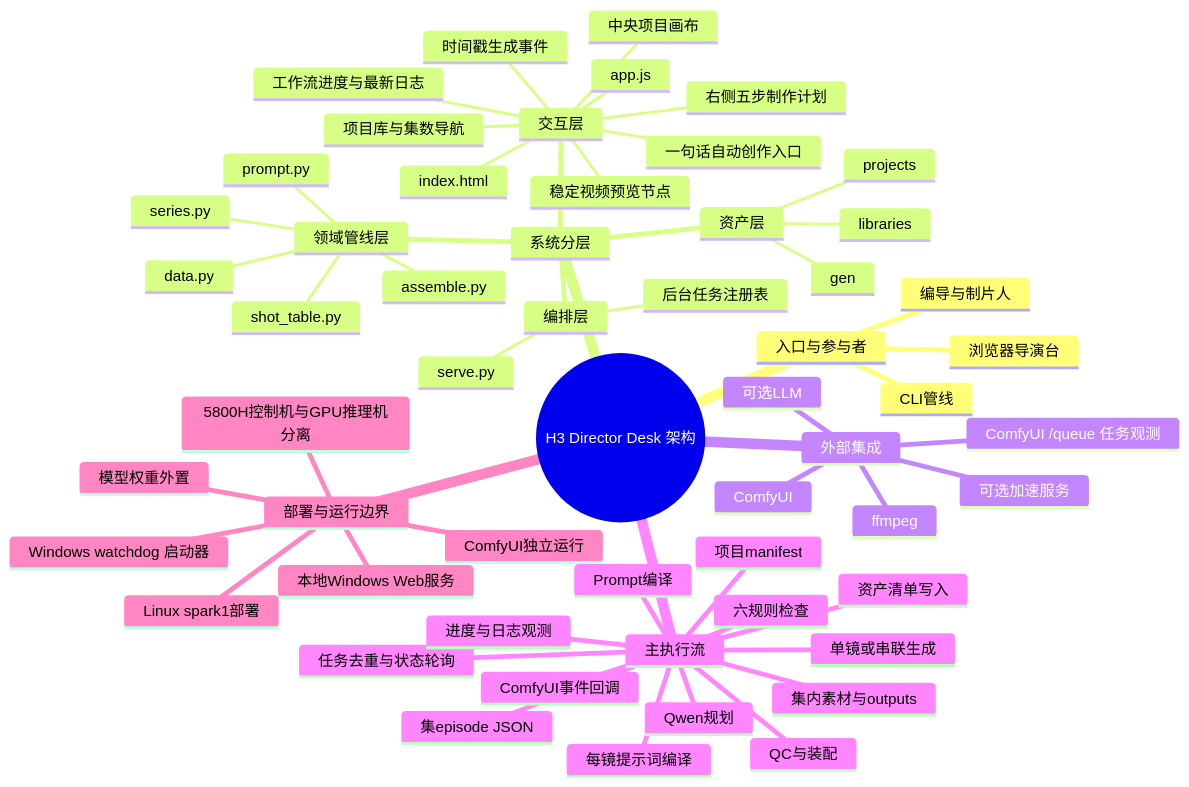
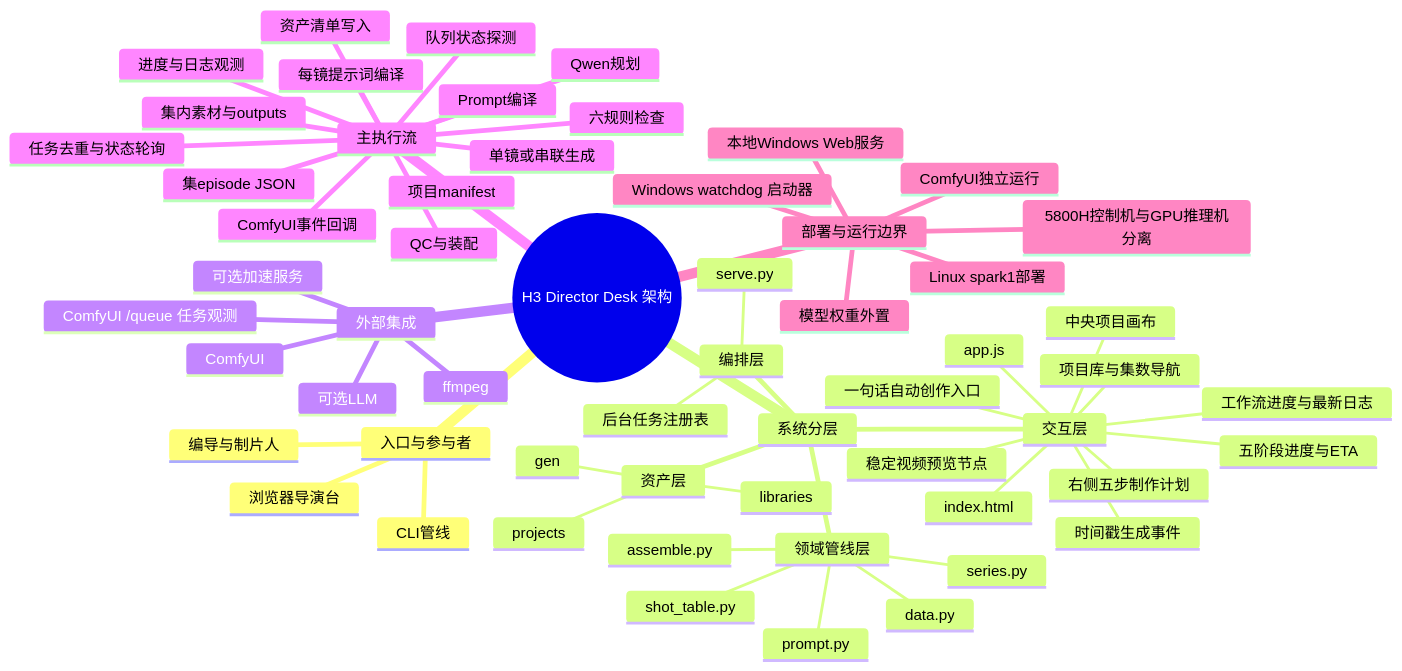
The diagram in docs/project-evolution/mindmaps/architecture.md (Exalex/h3-director-desk), drawn with Mermaid before and after one commit. The commit also changed other lines of this file and 13 other files, not shown here.

````diff
--- a/docs/project-evolution/mindmaps/architecture.md
+++ b/docs/project-evolution/mindmaps/architecture.md
@@ -3,59 +3,61 @@
 ```mermaid
 mindmap
   root((H3 Director Desk 架构))
     入口与参与者
       浏览器导演台
       CLI管线
       编导与制片人
     系统分层
       交互层
         index.html
         app.js
         项目库与集数导航
         中央项目画布
         右侧五步制作计划
         一句话自动创作入口
         工作流进度与最新日志
         时间戳生成事件
         稳定视频预览节点
+        五阶段进度与ETA
       编排层
         serve.py
         后台任务注册表
       领域管线层
         data.py
         shot_table.py
         prompt.py
         series.py
         assemble.py
       资产层
         projects
         gen
         libraries
     外部集成
       ComfyUI
       ComfyUI /queue 任务观测
       可选加速服务
       可选LLM
       ffmpeg
     主执行流
       项目manifest
       集episode JSON
       集内素材与outputs
       六规则检查
       Prompt编译
       单镜或串联生成
       任务去重与状态轮询
       进度与日志观测
       ComfyUI事件回调
+      队列状态探测
       Qwen规划
       资产清单写入
       每镜提示词编译
       QC与装配
     部署与运行边界
       本地Windows Web服务
       Windows watchdog 启动器
       Linux spark1部署
       ComfyUI独立运行
       模型权重外置
       5800H控制机与GPU推理机分离
 ```
````
